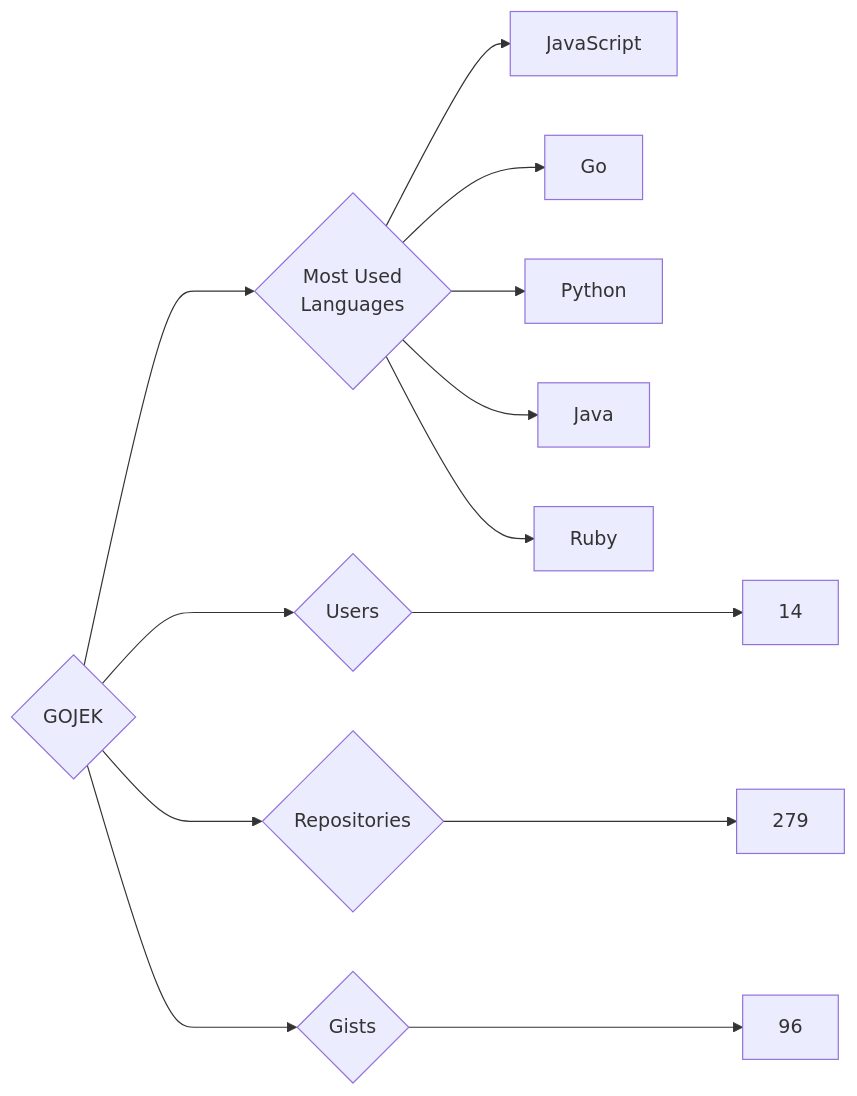
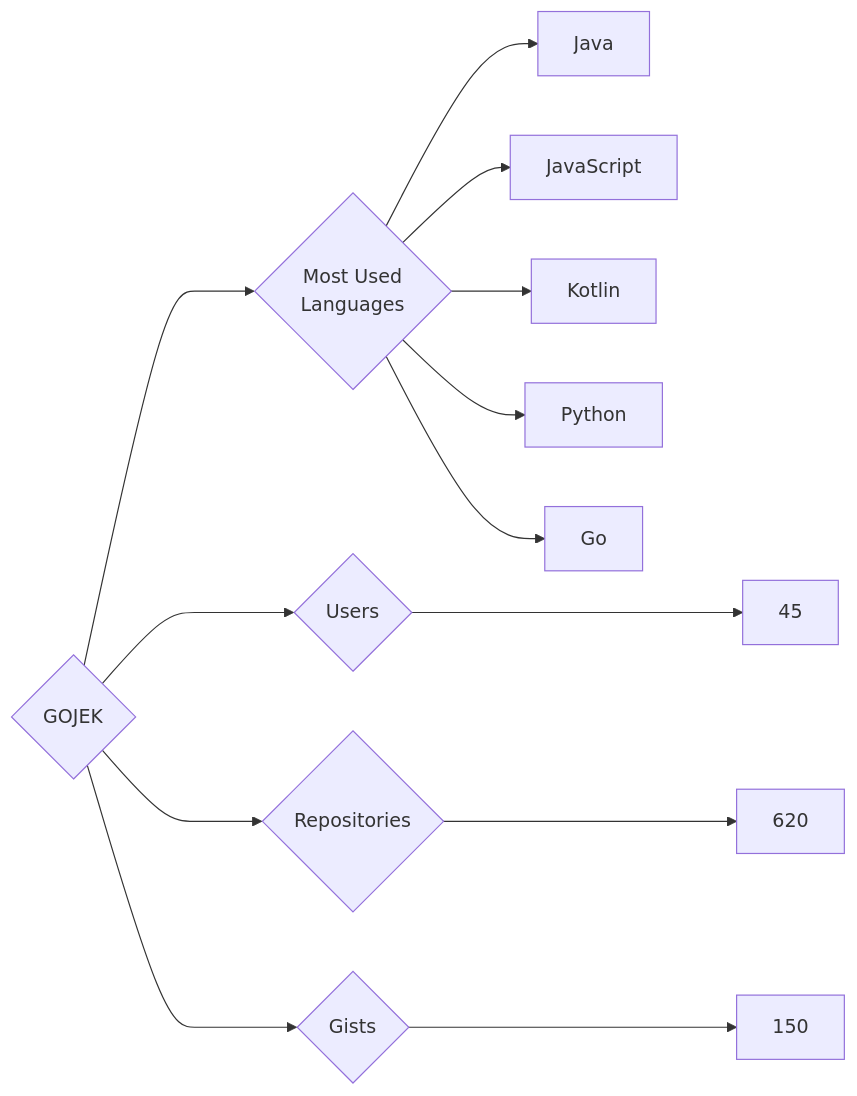
One commit to trickest/insiders changed the diagram in targets/GOJEK/README.md. Above: the diagram before and after it, drawn with Mermaid. The commit also changed 699 other files, not shown here.

````diff
--- a/targets/GOJEK/README.md
+++ b/targets/GOJEK/README.md
@@ -3,13 +3,13 @@
 ```mermaid
 graph LR
 COMPANY_NAME{GOJEK}
-COMPANY_NAME ---> U{Users} ---> UN[14]
-COMPANY_NAME ---> R{Repositories} ---> RN[279]
-COMPANY_NAME ---> G{Gists} ---> GN[96]
+COMPANY_NAME ---> U{Users} ---> UN[45]
+COMPANY_NAME ---> R{Repositories} ---> RN[620]
+COMPANY_NAME ---> G{Gists} ---> GN[150]
 COMPANY_NAME ---> ML{Most Used<br>Languages}
+ML --> Java[Java]
 ML --> JavaScript[JavaScript]
+ML --> Kotlin[Kotlin]
+ML --> Python[Python]
 ML --> Go[Go]
-ML --> Python[Python]
-ML --> Java[Java]
-ML --> Ruby[Ruby]
 ```
````
